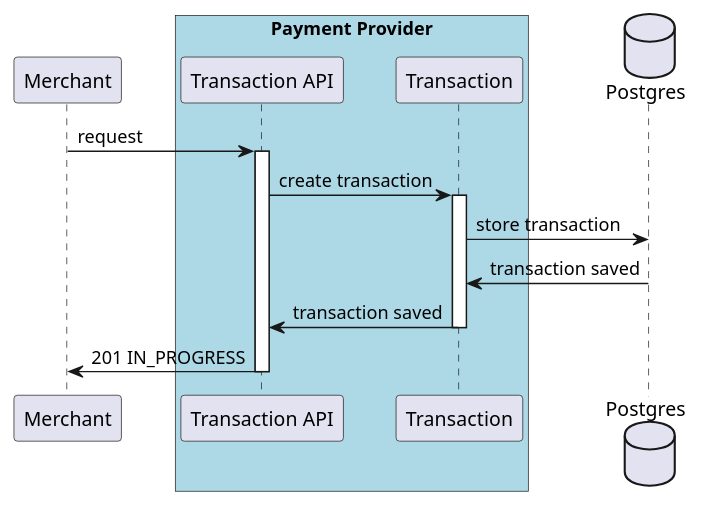
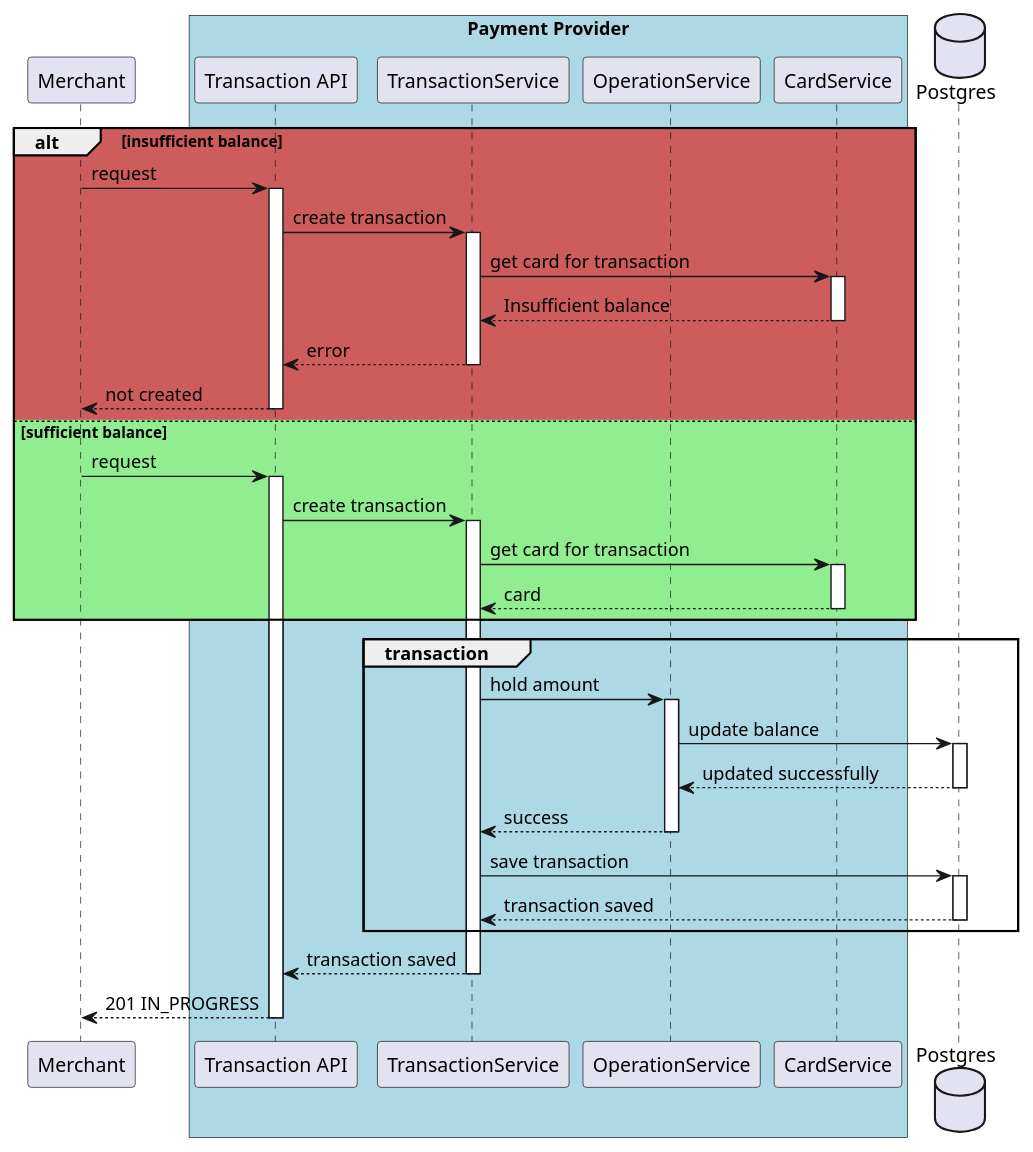
Before and after one commit to naatsms/fake-payment: the diagram in design/sequence.wsd, drawn with PlantUML. The commit also changed 2 other files, not shown here.

```diff
--- a/design/sequence.wsd
+++ b/design/sequence.wsd
@@ -1,20 +1,36 @@
-@startuml
+@startuml "create top up transaction"
+autoactivate on
 participant "Merchant" as merchant
 box "Payment Provider" #LightBlue
 participant "Transaction API" as api
-participant "Transaction" as tr
+participant "TransactionService" as tr
+participant "OperationService" as op
+participant "CardService" as cd
 end box
 database "Postgres" as db
 
-merchant -> api : request 
-activate api
-api -> tr : create transaction
-activate tr
-tr -> db : store transaction
-tr <- db : transaction saved
-api <- tr : transaction saved
-deactivate tr
-api -> merchant: 201 IN_PROGRESS
-deactivate api
+alt #IndianRed insufficient balance
+    merchant -> api : request
+    api -> tr : create transaction
+    tr -> cd : get card for transaction
+    return Insufficient balance
+    return error
+    return not created
+else #LightGreen sufficient balance
+    merchant -> api : request
+    api -> tr : create transaction
+    tr -> cd : get card for transaction
+    return card
+end
+group transaction
+tr -> op : hold amount
+op -> db : update balance
+return updated successfully
+return success
+tr -> db : save transaction
+return transaction saved
+end
+return transaction saved
+return 201 IN_PROGRESS
 
 @enduml
```
